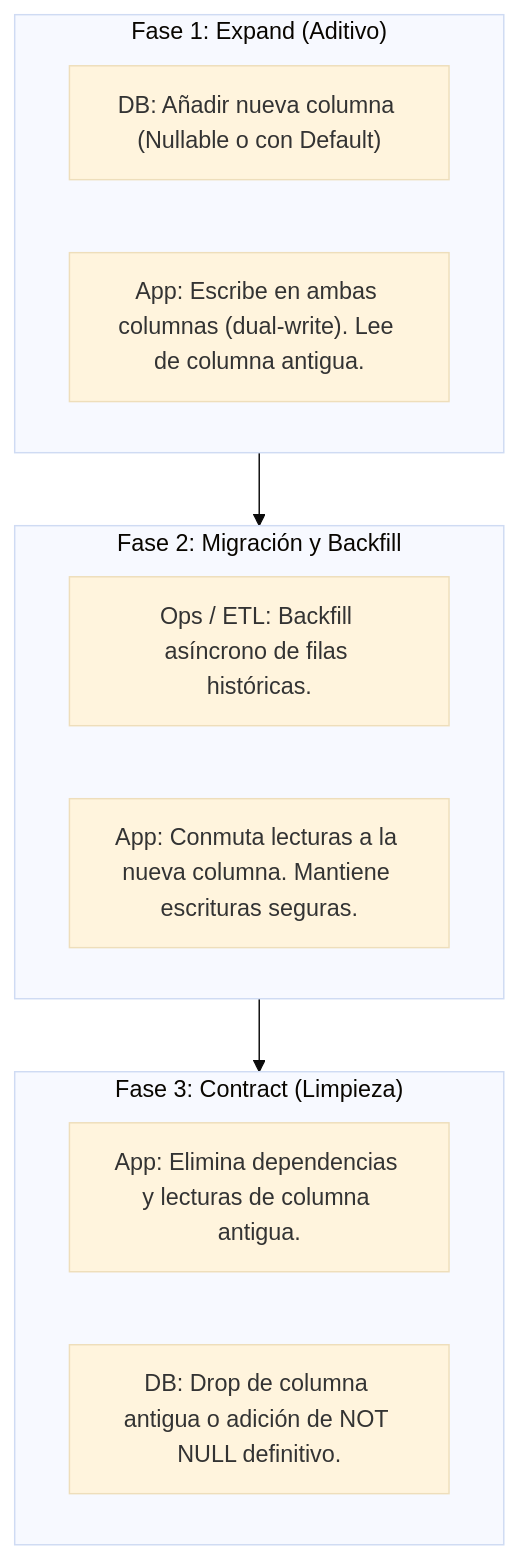
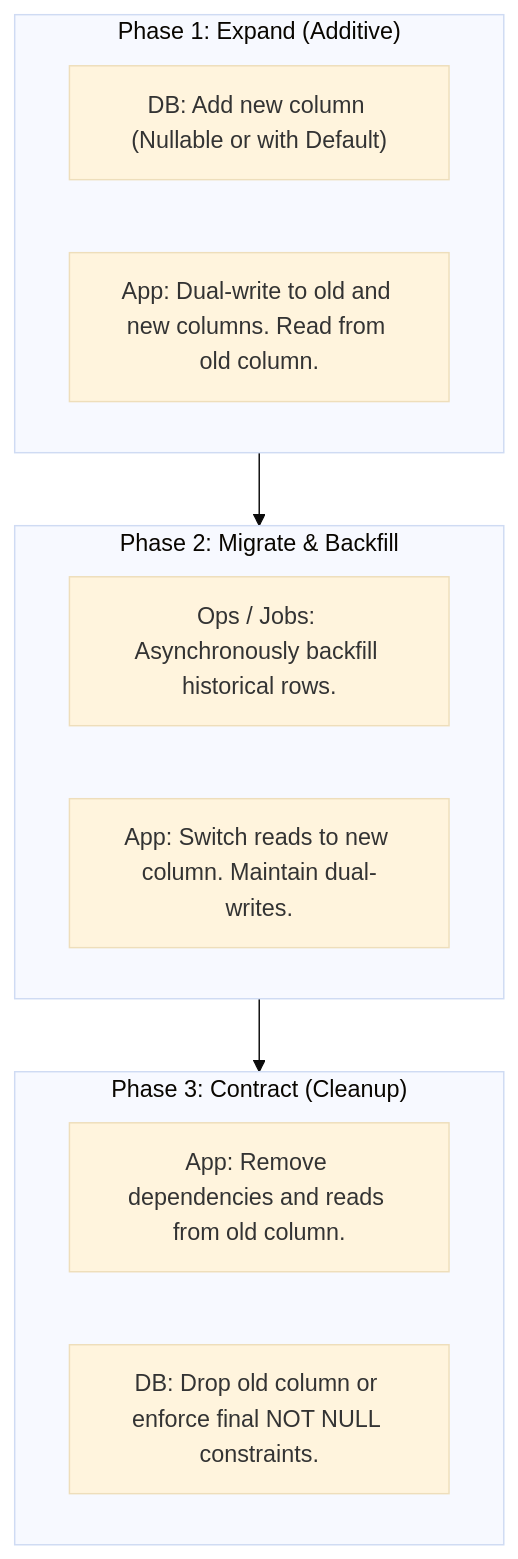
Before and after one commit to CircleSfera/CircleSfera: the diagram in circlesfera-documentation/06-migration-rollback-policy.md, drawn with Mermaid (base theme). The commit also changed other lines of this file and 22 other files, not shown here.

````diff
--- a/circlesfera-documentation/06-migration-rollback-policy.md
+++ b/circlesfera-documentation/06-migration-rollback-policy.md
@@ -28,19 +27,19 @@
 ```mermaid
 flowchart TD
-    subgraph Fase1["Fase 1: Expand (Aditivo)"]
-        F1_DB["DB: Añadir nueva columna (Nullable o con Default)"]
-        F1_Code["App: Escribe en ambas columnas (dual-write). Lee de columna antigua."]
+    subgraph Phase1["Phase 1: Expand (Additive)"]
+        F1_DB["DB: Add new column (Nullable or with Default)"]
+        F1_Code["App: Dual-write to old and new columns. Read from old column."]
     end
 
-    subgraph Fase2["Fase 2: Migración y Backfill"]
-        F2_Data["Ops / ETL: Backfill asíncrono de filas históricas."]
-        F2_Code["App: Conmuta lecturas a la nueva columna. Mantiene escrituras seguras."]
+    subgraph Phase2["Phase 2: Migrate & Backfill"]
+        F2_Data["Ops / Jobs: Asynchronously backfill historical rows."]
+        F2_Code["App: Switch reads to new column. Maintain dual-writes."]
     end
 
-    subgraph Fase3["Fase 3: Contract (Limpieza)"]
-        F3_Code["App: Elimina dependencias y lecturas de columna antigua."]
-        F3_DB["DB: Drop de columna antigua o adición de NOT NULL definitivo."]
+    subgraph Phase3["Phase 3: Contract (Cleanup)"]
+        F3_Code["App: Remove dependencies and reads from old column."]
+        F3_DB["DB: Drop old column or enforce final NOT NULL constraints."]
     end
 
-    Fase1 --> Fase2 --> Fase3
+    Phase1 --> Phase2 --> Phase3
 ```
````
